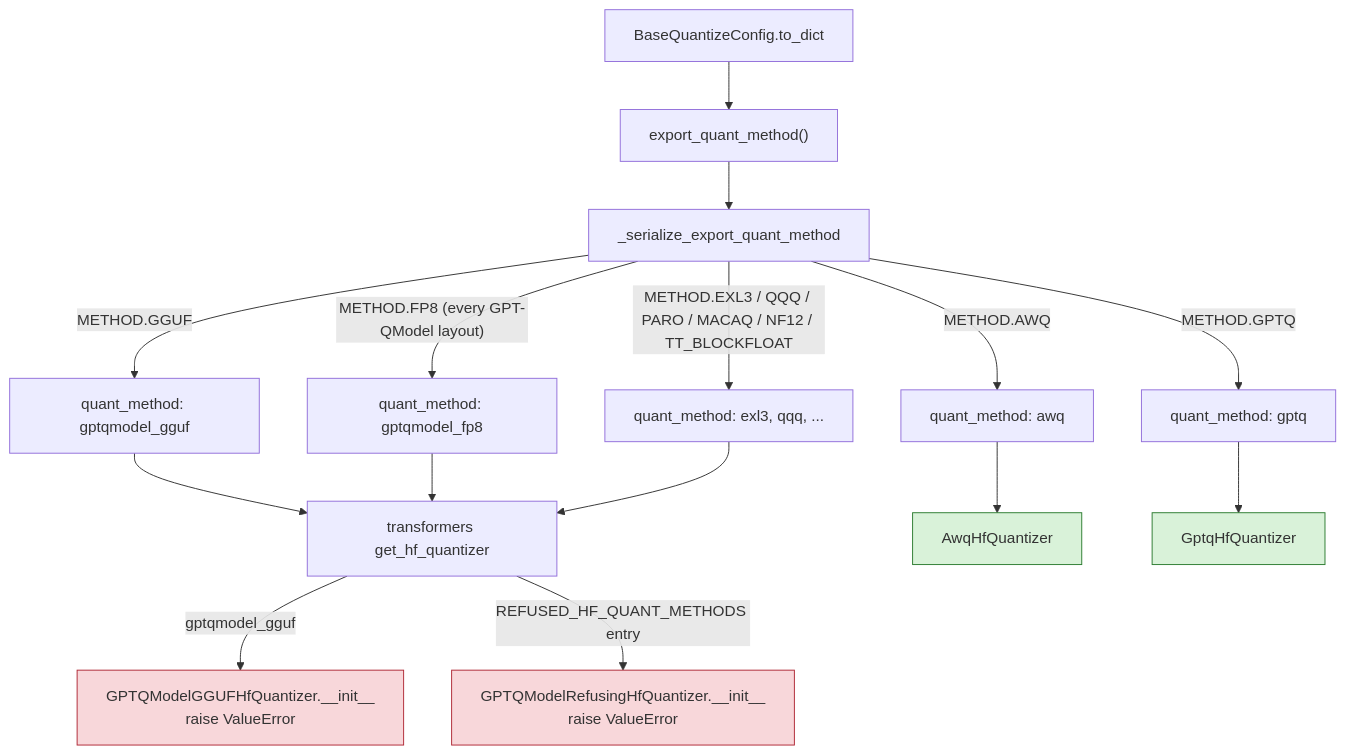
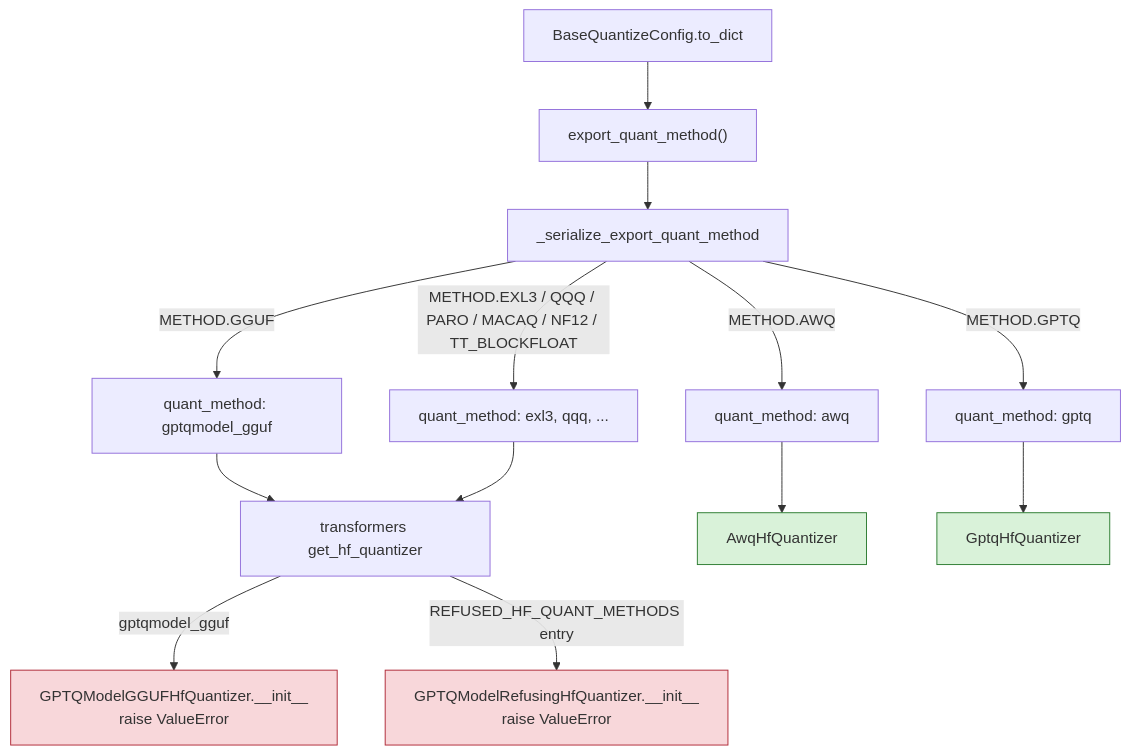
Diagram 14 of 19 in docs/checkpoint-interop.md (ModelCloud/GPTQModel), drawn with Mermaid before and after one commit. The commit also changed other lines of this file and 58 other files, not shown here.

````diff
--- a/docs/checkpoint-interop.md
+++ b/docs/checkpoint-interop.md
@@ -528,21 +530,19 @@
 ```mermaid
 flowchart TD
     A["BaseQuantizeConfig.to_dict"] --> B["export_quant_method()"]
     B --> C["_serialize_export_quant_method"]
     C -- "METHOD.GGUF" --> D["quant_method: gptqmodel_gguf"]
     C -- "METHOD.AWQ" --> E["quant_method: awq"]
     C -- "METHOD.GPTQ" --> F["quant_method: gptq"]
-    C -- "METHOD.FP8 (every GPT-QModel layout)" --> N["quant_method: gptqmodel_fp8"]
     C -- "METHOD.EXL3 / QQQ / PARO / MACAQ / NF12 / TT_BLOCKFLOAT" --> L["quant_method: exl3, qqq, ..."]
     D --> G["transformers get_hf_quantizer"]
-    N --> G
     L --> G
     G -- "gptqmodel_gguf" --> H["GPTQModelGGUFHfQuantizer.__init__<br/>raise ValueError"]
     G -- "REFUSED_HF_QUANT_METHODS entry" --> K["GPTQModelRefusingHfQuantizer.__init__<br/>raise ValueError"]
     E --> I["AwqHfQuantizer"]
     F --> J["GptqHfQuantizer"]
     style H fill:#f8d7da,stroke:#b02a37
     style K fill:#f8d7da,stroke:#b02a37
     style I fill:#d9f2d9,stroke:#2e7d32
     style J fill:#d9f2d9,stroke:#2e7d32
 ```
````
